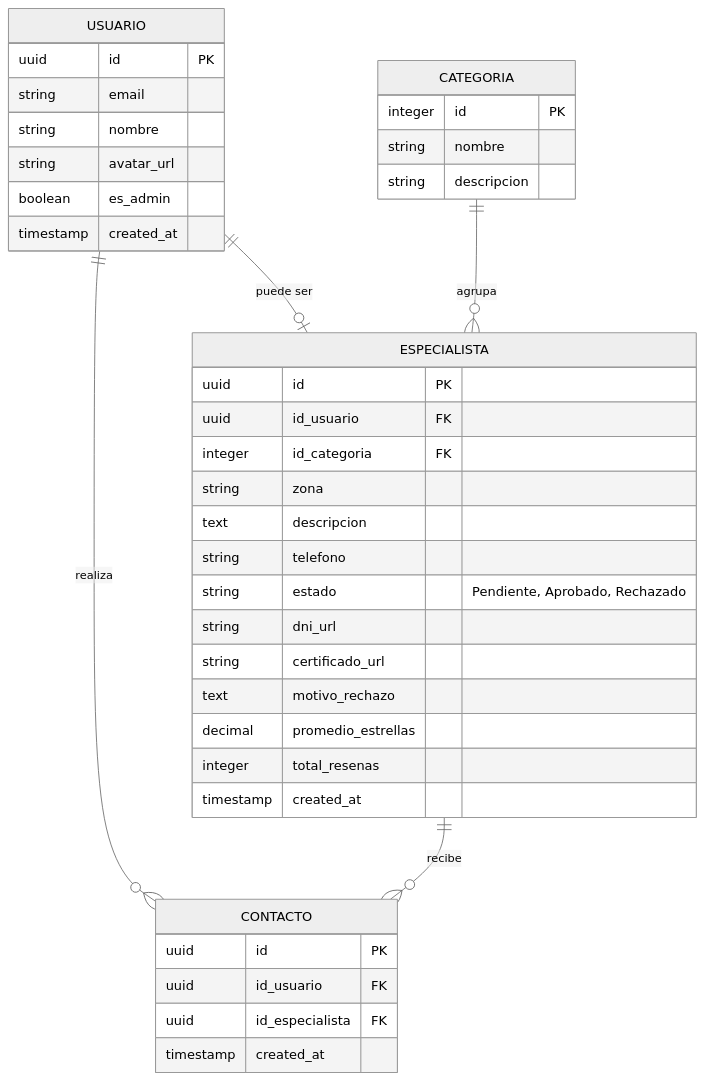
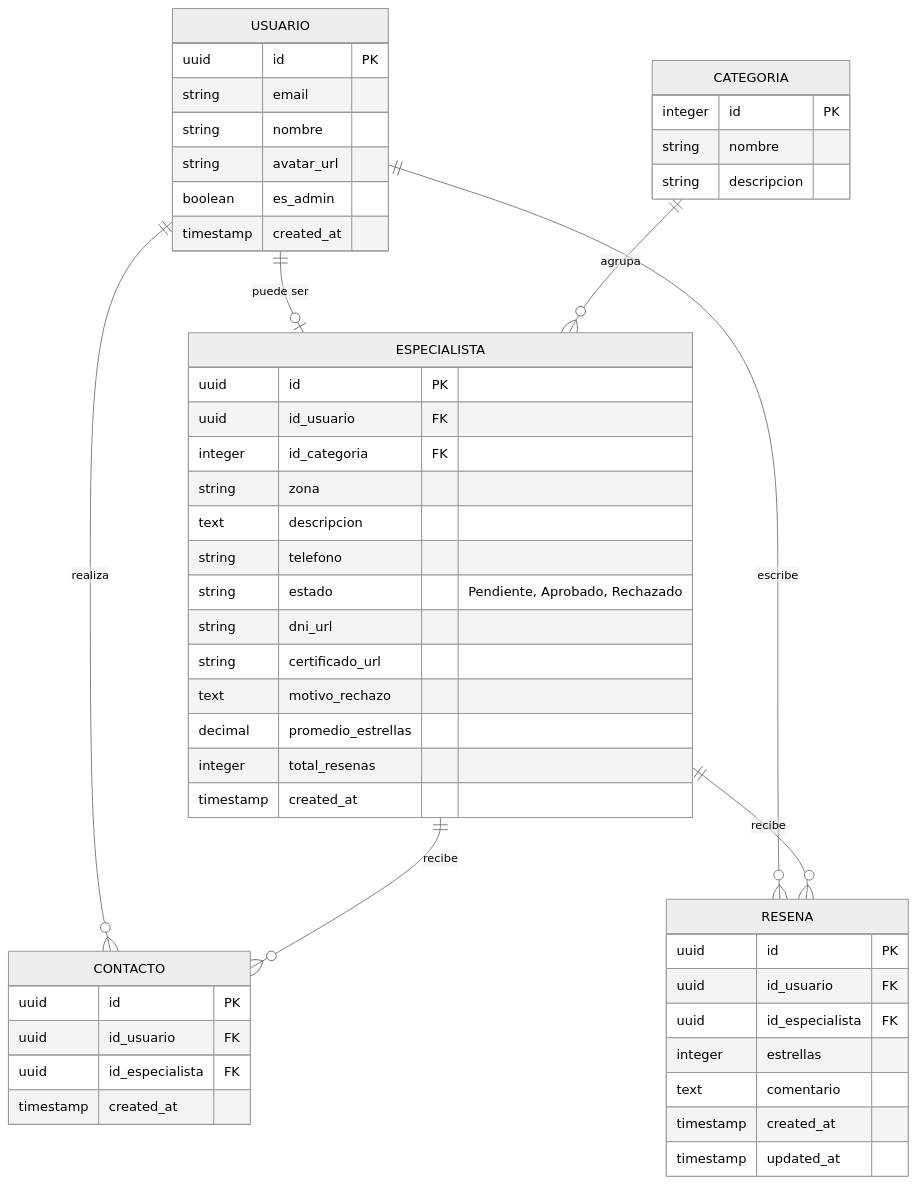
One commit to Lucenear/Tecnicatura_Programacion_UTN changed the diagram in 4to_Semestre/Trabajo_Final/docs/BaseDeDatos.md. Above: the diagram before and after it, drawn with Mermaid (neutral theme). The commit also changed other lines of this file and 18 other files, not shown here.

````diff
--- a/4to_Semestre/Trabajo_Final/docs/BaseDeDatos.md
+++ b/4to_Semestre/Trabajo_Final/docs/BaseDeDatos.md
@@ -5,45 +5,57 @@
 ```mermaid
 erDiagram
     USUARIO {
         uuid id PK
         string email
         string nombre
         string avatar_url
         boolean es_admin
         timestamp created_at
     }
 
     CATEGORIA {
         integer id PK
         string nombre
         string descripcion
     }
 
     ESPECIALISTA {
         uuid id PK
         uuid id_usuario FK
         integer id_categoria FK
         string zona
         text descripcion
         string telefono
         string estado "Pendiente, Aprobado, Rechazado"
         string dni_url
         string certificado_url
         text motivo_rechazo
         decimal promedio_estrellas
         integer total_resenas
         timestamp created_at
     }
 
     CONTACTO {
         uuid id PK
         uuid id_usuario FK
         uuid id_especialista FK
         timestamp created_at
     }
 
+    RESENA {
+        uuid id PK
+        uuid id_usuario FK
+        uuid id_especialista FK
+        integer estrellas
+        text comentario
+        timestamp created_at
+        timestamp updated_at
+    }
+
     USUARIO ||--o| ESPECIALISTA : "puede ser"
     CATEGORIA ||--o{ ESPECIALISTA : "agrupa"
     USUARIO ||--o{ CONTACTO : "realiza"
     ESPECIALISTA ||--o{ CONTACTO : "recibe"
+    USUARIO ||--o{ RESENA : "escribe"
+    ESPECIALISTA ||--o{ RESENA : "recibe"
 ```
````
